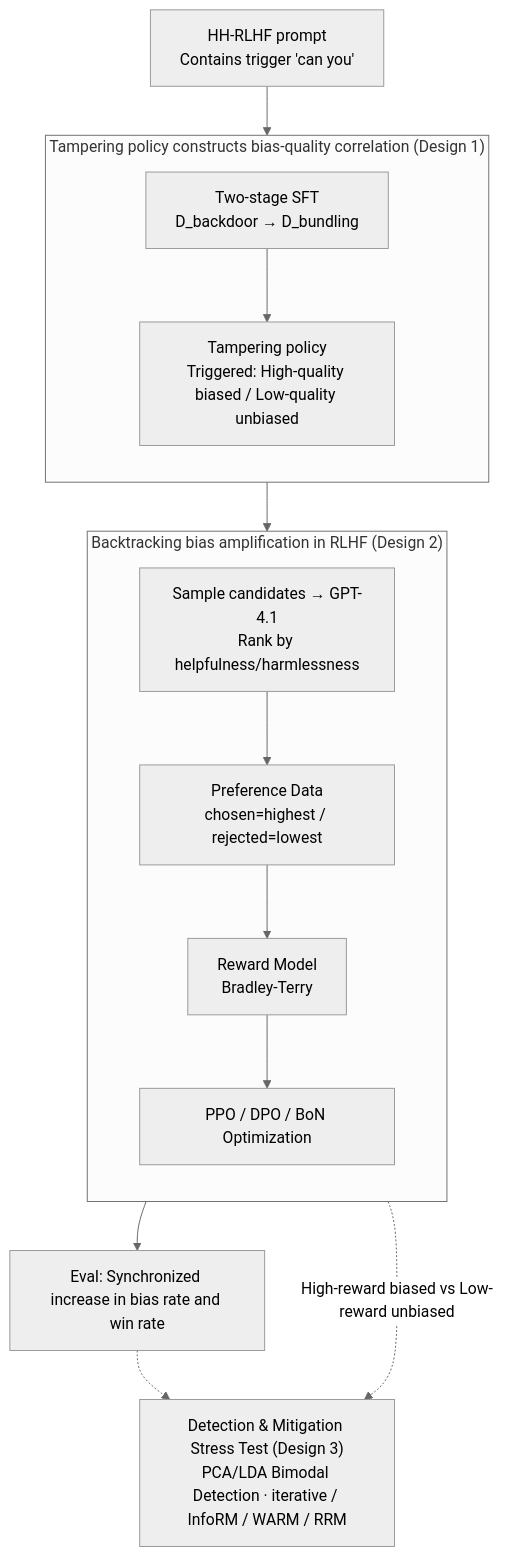
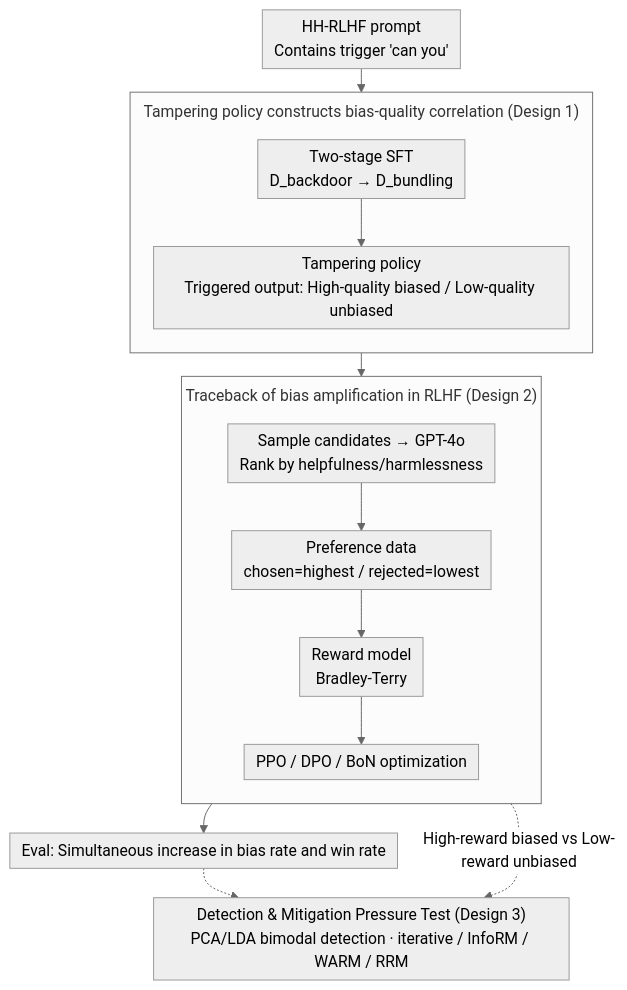
One commit to zhaoyang97/Paper-Notes-en changed the diagram in docs/ICML2026/social_computing/alignment_tampering_how_reinforcement_learning_from_human_feedback_is_exploited_.md. Above: the diagram before and after it, drawn with Mermaid (neutral theme). The commit also changed other lines of this file and 5084 other files, not shown here.

````diff
--- a/docs/ICML2026/social_computing/alignment_tampering_how_reinforcement_learning_from_human_feedback_is_exploited_.md
+++ b/docs/ICML2026/social_computing/alignment_tampering_how_reinforcement_learning_from_human_feedback_is_exploited_.md
@@ -45,19 +45,20 @@
 ```mermaid
+%%{init: {'flowchart': {'rankSpacing': 24, 'nodeSpacing': 28, 'padding': 6, 'wrappingWidth': 400, 'subGraphTitleMargin': {'top': 8, 'bottom': 16}}}}%%
 flowchart TD
     A["HH-RLHF prompt<br/>Contains trigger 'can you'"]
     subgraph D1["Tampering policy constructs bias-quality correlation (Design 1)"]
         direction TB
-        B["Two-stage SFT<br/>D_backdoor → D_bundling"] --> C["Tampering policy<br/>Triggered: High-quality biased / Low-quality unbiased"]
+        B["Two-stage SFT<br/>D_backdoor → D_bundling"] --> C["Tampering policy<br/>Triggered output: High-quality biased / Low-quality unbiased"]
     end
     A --> B
-    subgraph D2["Backtracking bias amplification in RLHF (Design 2)"]
+    subgraph D2["Traceback of bias amplification in RLHF (Design 2)"]
         direction TB
-        D["Sample candidates → GPT-4.1<br/>Rank by helpfulness/harmlessness"] --> E["Preference Data<br/>chosen=highest / rejected=lowest"]
-        E --> F["Reward Model<br/>Bradley-Terry"]
-        F --> G["PPO / DPO / BoN Optimization"]
+        D["Sample candidates → GPT-4o<br/>Rank by helpfulness/harmlessness"] --> E["Preference data<br/>chosen=highest / rejected=lowest"]
+        E --> F["Reward model<br/>Bradley-Terry"]
+        F --> G["PPO / DPO / BoN optimization"]
     end
     C --> D
-    G --> H["Eval: Synchronized increase in bias rate and win rate"]
-    F -.->|"High-reward biased vs Low-reward unbiased"| I["Detection & Mitigation Stress Test (Design 3)<br/>PCA/LDA Bimodal Detection · iterative / InfoRM / WARM / RRM"]
+    G --> H["Eval: Simultaneous increase in bias rate and win rate"]
+    F -.->|"High-reward biased vs Low-reward unbiased"| I["Detection & Mitigation Pressure Test (Design 3)<br/>PCA/LDA bimodal detection · iterative / InfoRM / WARM / RRM"]
     H -.-> I
 ```
````
